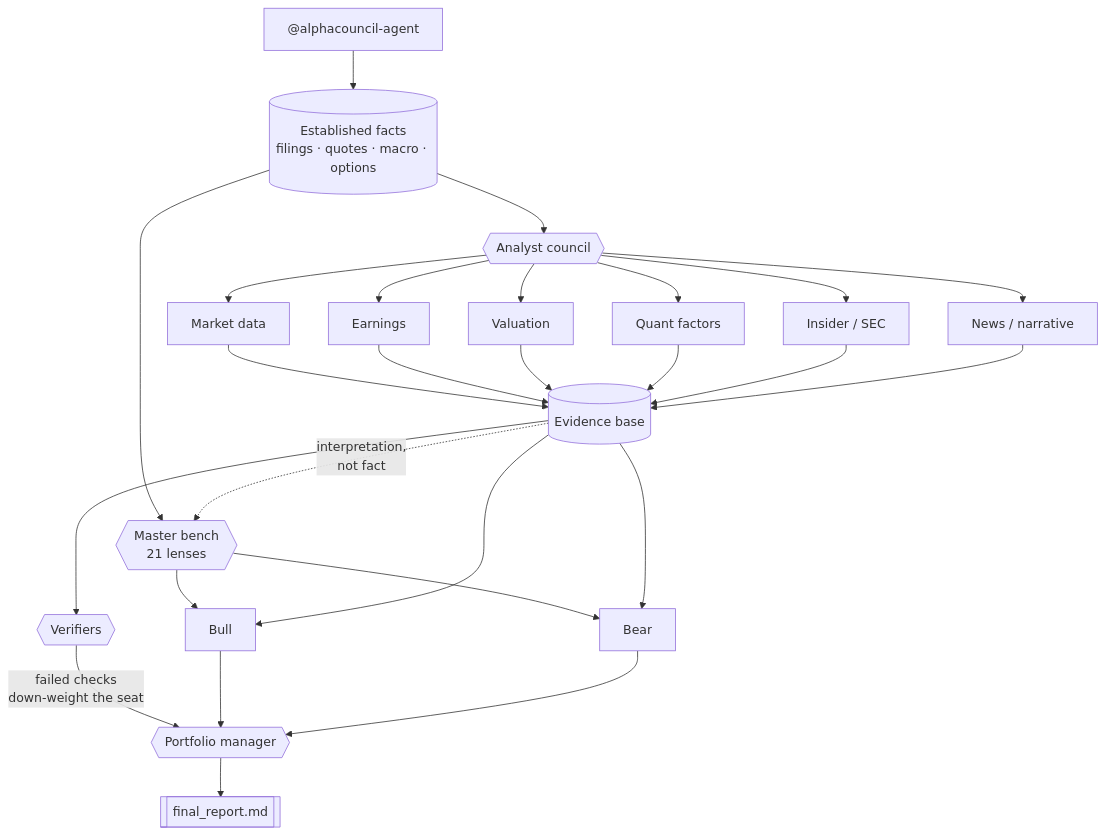
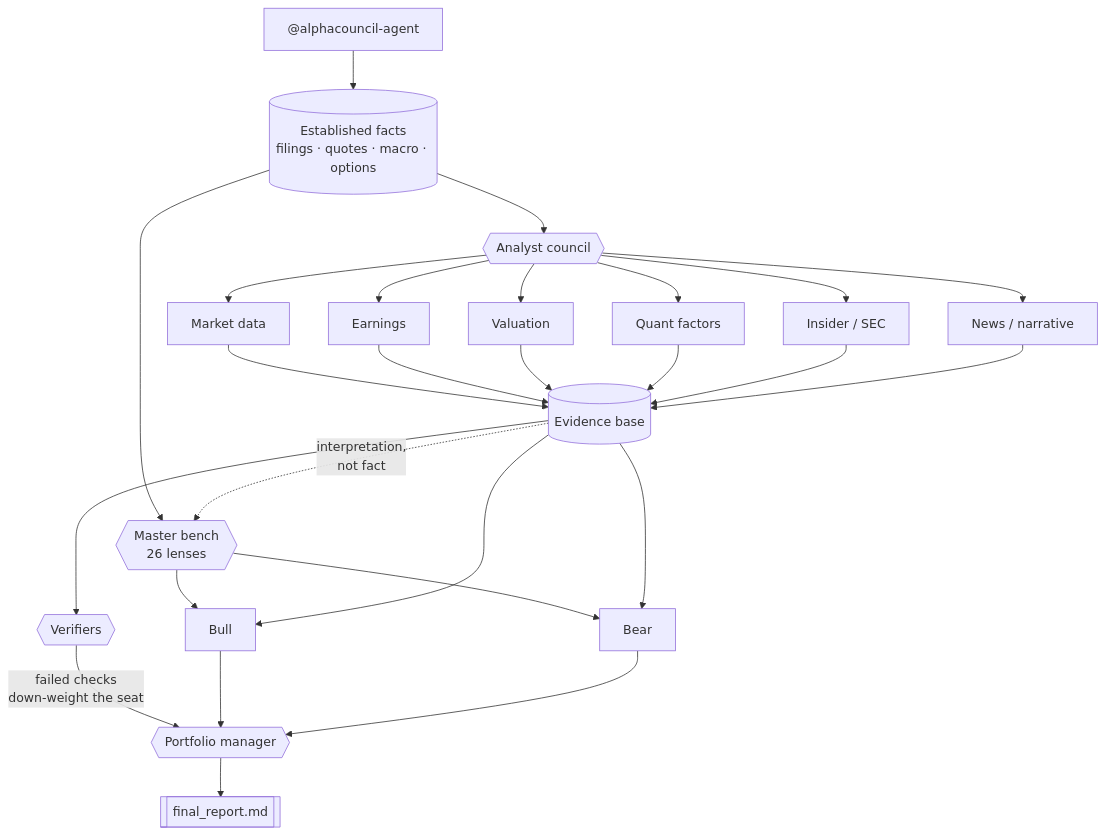
One commit to Zhao73/alphacouncil-agent changed the diagram in README.ja.md. Above: the diagram before and after it, drawn with Mermaid. The commit also changed other lines of this file and 976 other files, not shown here.

````diff
--- a/README.ja.md
+++ b/README.ja.md
@@ -190,28 +211,28 @@
 ```mermaid
 flowchart TD
     U["@alphacouncil-agent"] --> G[("Established facts<br/>filings · quotes · macro · options")]
     G --> AG{{"Analyst council"}}
-    G --> MS{{"Master bench<br/>21 lenses"}}
+    G --> MS{{"Master bench<br/>26 lenses"}}
     AG --> A1["Market data"]
     AG --> A2["Earnings"]
     AG --> A3["Valuation"]
     AG --> A4["Quant factors"]
     AG --> A5["Insider / SEC"]
     AG --> A6["News / narrative"]
     A1 --> EV[("Evidence base")]
     A2 --> EV
     A3 --> EV
     A4 --> EV
     A5 --> EV
     A6 --> EV
     EV -.->|"interpretation,<br/>not fact"| MS
     EV --> VF{{"Verifiers"}}
     VF -->|"failed checks<br/>down-weight the seat"| PM
     MS --> BULL["Bull"]
     MS --> BEAR["Bear"]
     EV --> BULL
     EV --> BEAR
     BULL --> PM{{"Portfolio manager"}}
     BEAR --> PM
     PM --> R[["final_report.md"]]
 ```
````
